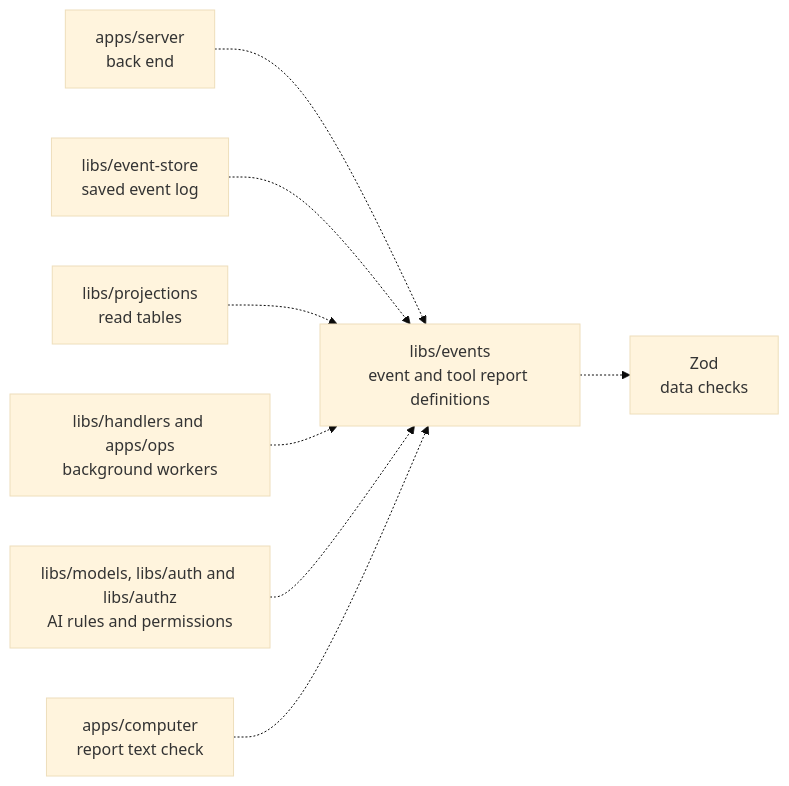
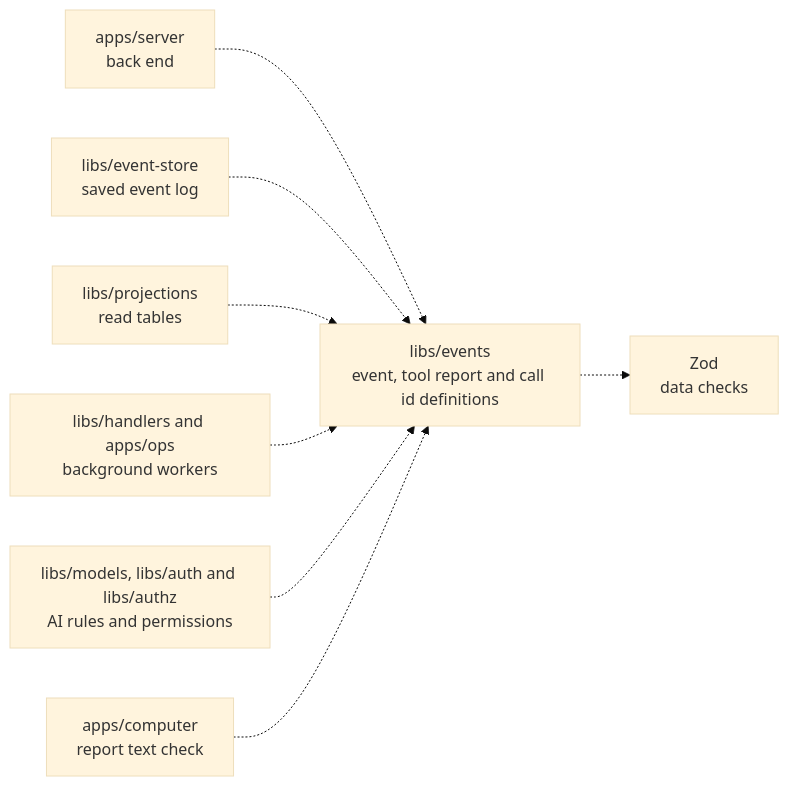
The diagram in libs/events/README.md (elewa-git/opencrane-new), drawn with Mermaid (base theme) before and after one commit. The commit also changed other lines of this file and 26 other files, not shown here.

````diff
--- a/libs/events/README.md
+++ b/libs/events/README.md
@@ -22,10 +22,10 @@
 ```mermaid
 flowchart LR
-  server["apps/server<br/>back end"] -.-> events["libs/events<br/>event and tool report definitions"]
+  server["apps/server<br/>back end"] -.-> events["libs/events<br/>event, tool report and call id definitions"]
   store["libs/event-store<br/>saved event log"] -.-> events
   projections["libs/projections<br/>read tables"] -.-> events
   workers["libs/handlers and apps/ops<br/>background workers"] -.-> events
   others["libs/models, libs/auth and libs/authz<br/>AI rules and permissions"] -.-> events
   computer["apps/computer<br/>report text check"] -.-> events
   events -.-> zod["Zod<br/>data checks"]
 ```
````
